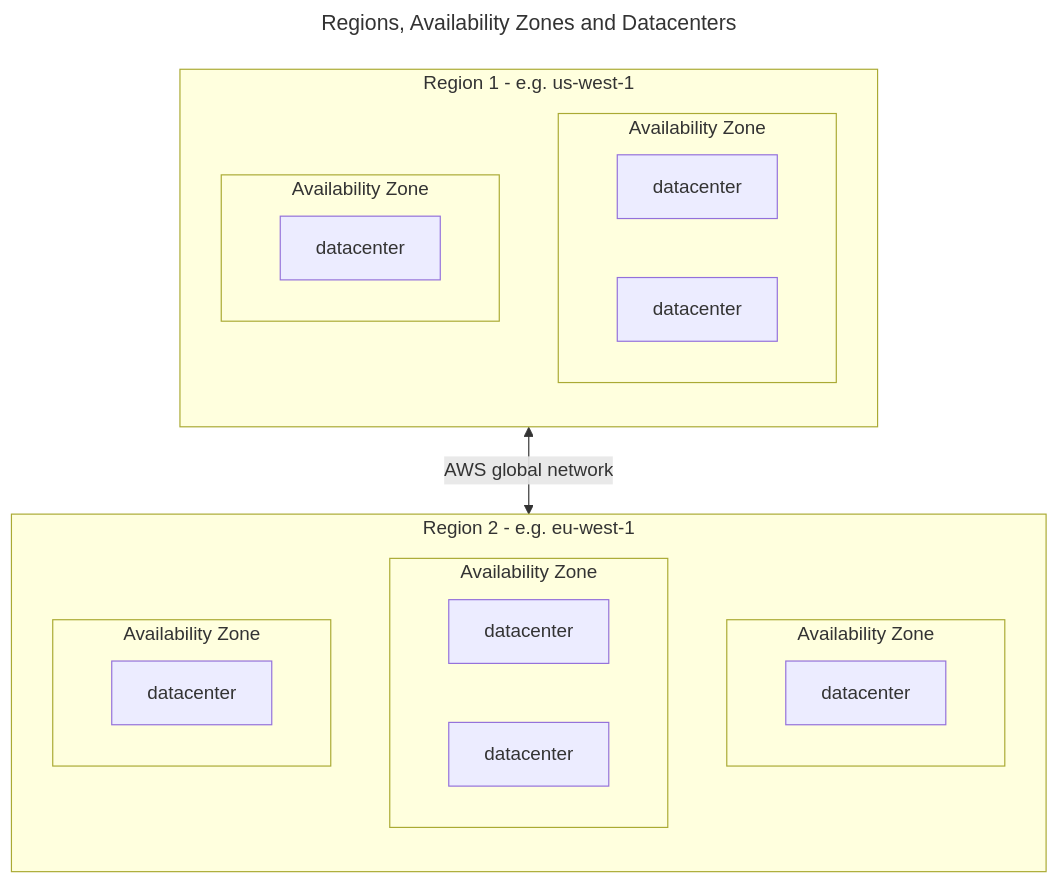
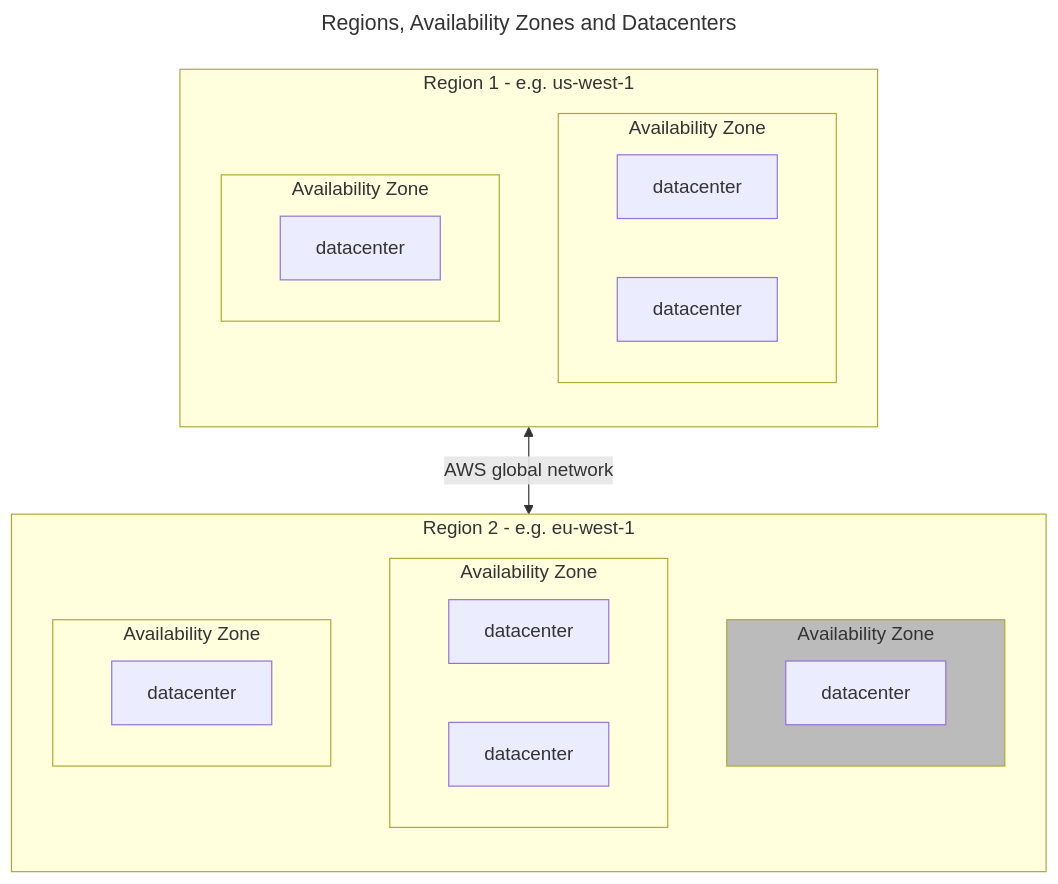
One commit to CSpyridakis/notes changed the second of 2 diagrams in AWS/onboarding/aws-overview.md. Above: the diagram before and after it, drawn with Mermaid. The commit also changed other lines of this file and 2 other files, not shown here.

````diff
--- a/AWS/onboarding/aws-overview.md
+++ b/AWS/onboarding/aws-overview.md
@@ -24,40 +33,41 @@
 ```mermaid
 ---
 title: Regions, Availability Zones and Datacenters
 ---
 flowchart TB
   subgraph reg2["Region 2 - e.g. eu-west-1"]
     direction TB
     subgraph r2a1["Availability Zone"]
         direction LR
         r2a1d1["datacenter"]
     end
+    style r2a1 fill:#BBB,stroke-width:1,margin:1px;
 
     subgraph r2a2["Availability Zone"]
         direction LR
         r2a2d1["datacenter"]
         r2a2d2["datacenter"]
     end
 
     subgraph r2a3["Availability Zone"]
         direction LR
         r2a3d1["datacenter"]
     end
   end
 
   subgraph reg1["Region 1 - e.g. us-west-1"]
     direction TB
     subgraph r1a1["Availability Zone"]
         direction LR
         r1a1d1["datacenter"]
         r1a1d2["datacenter"]
     end
 
     subgraph r1a2["Availability Zone"]
         direction LR
         r1a2d1["datacenter"]
     end
   end
 
   reg1 <-- AWS global network --> reg2
 ```
````
